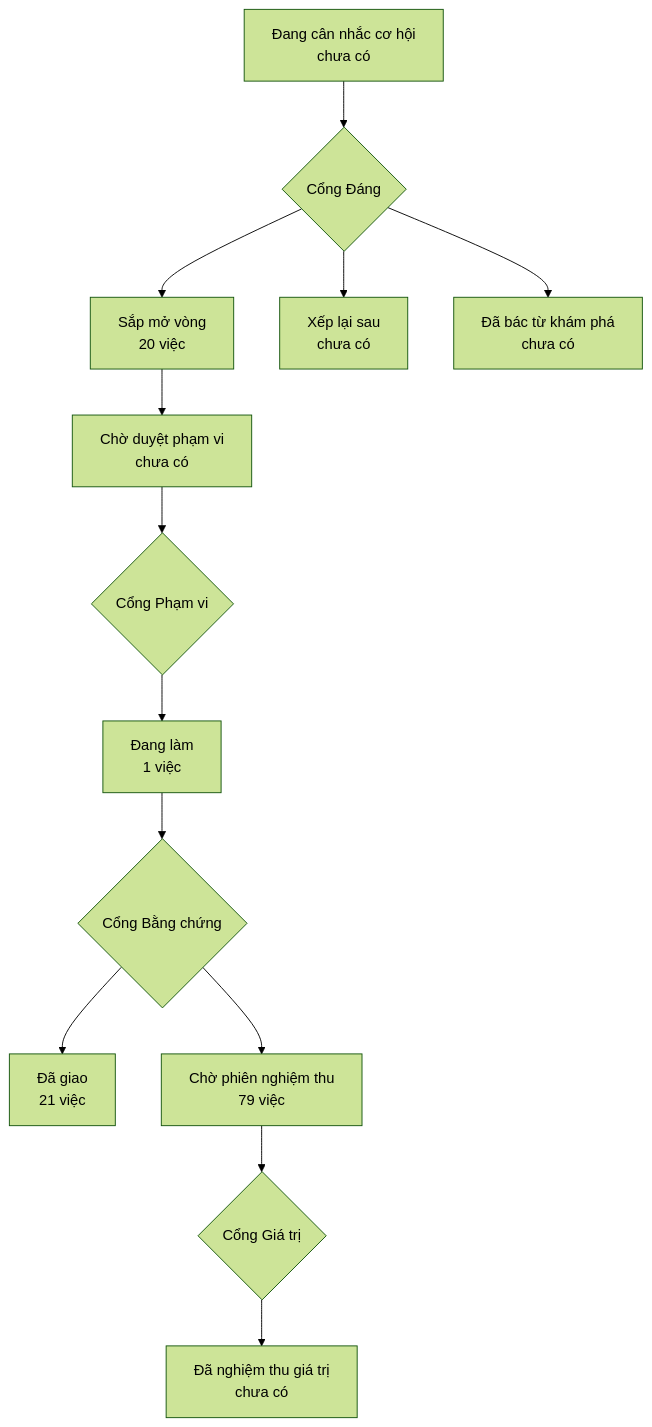
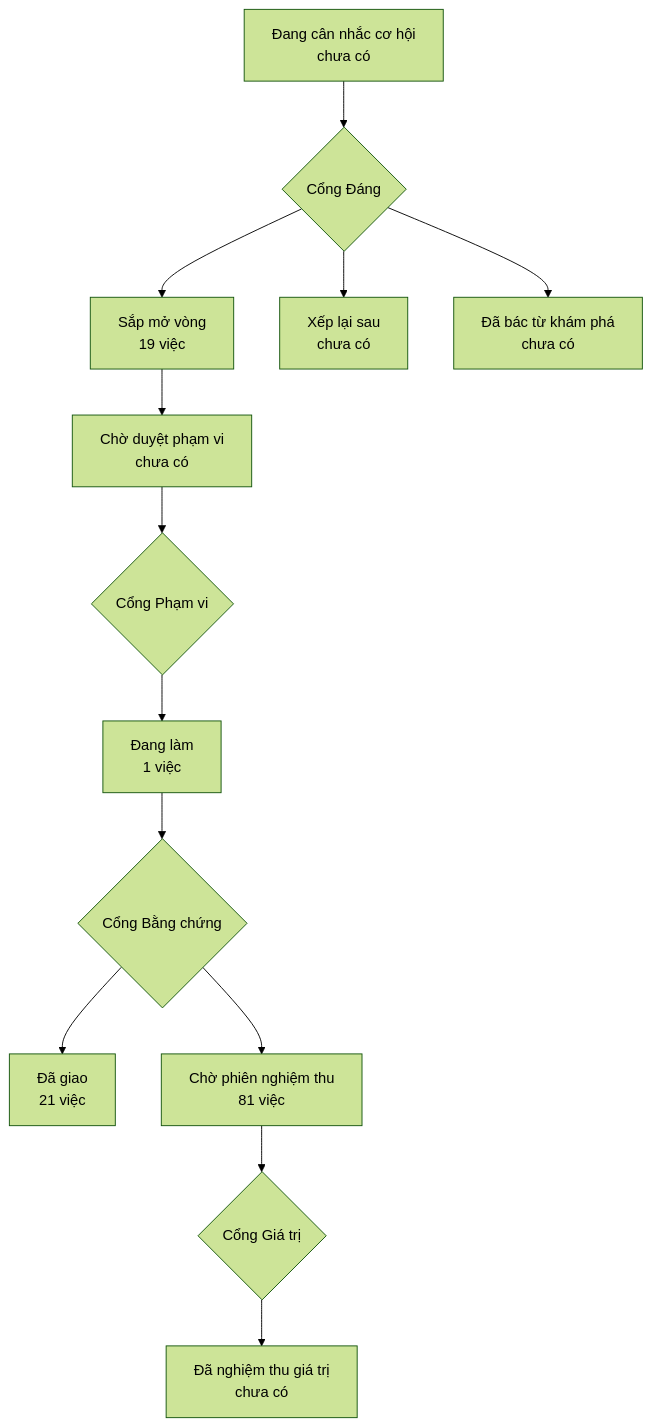
One commit to phanlemanh/onehub-quy-hang changed the diagram in PRODUCT-MAP.md. Above: the diagram before and after it, drawn with Mermaid (forest theme). The commit also changed other lines of this file and 1 other file, not shown here.

Commit message:
chore(map): vẽ lại bản đồ sản phẩm và lộ trình sau gộp main

````diff
--- a/PRODUCT-MAP.md
+++ b/PRODUCT-MAP.md
@@ -7,12 +7,12 @@
 ```mermaid
 flowchart TD
   A["Đang cân nhắc cơ hội<br/>chưa có"] --> GD{"Cổng Đáng"}
-  GD --> B["Sắp mở vòng<br/>20 việc"]
+  GD --> B["Sắp mở vòng<br/>19 việc"]
   GD --> XL["Xếp lại sau<br/>chưa có"]
   GD --> DB["Đã bác từ khám phá<br/>chưa có"]
   B --> CD["Chờ duyệt phạm vi<br/>chưa có"] --> GP{"Cổng Phạm vi"}
   GP --> DL["Đang làm<br/>1 việc"] --> GB{"Cổng Bằng chứng"}
   GB --> DG["Đã giao<br/>21 việc"]
-  GB --> CN["Chờ phiên nghiệm thu<br/>79 việc"] --> GG{"Cổng Giá trị"}
+  GB --> CN["Chờ phiên nghiệm thu<br/>81 việc"] --> GG{"Cổng Giá trị"}
   GG --> NT["Đã nghiệm thu giá trị<br/>chưa có"]
 ```
````
